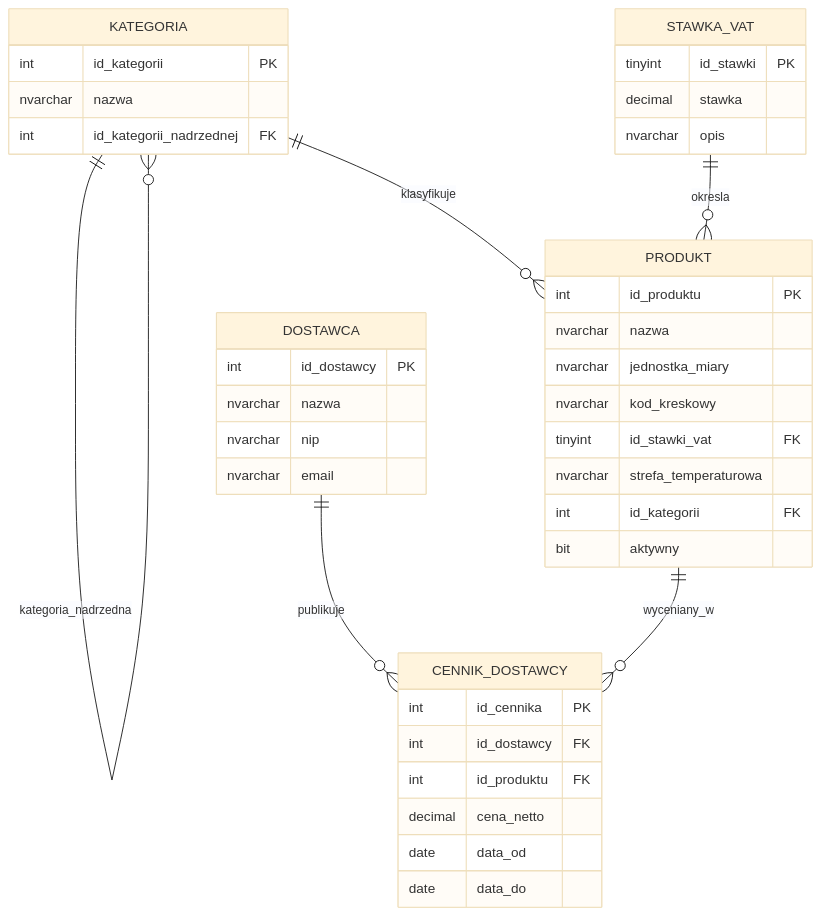
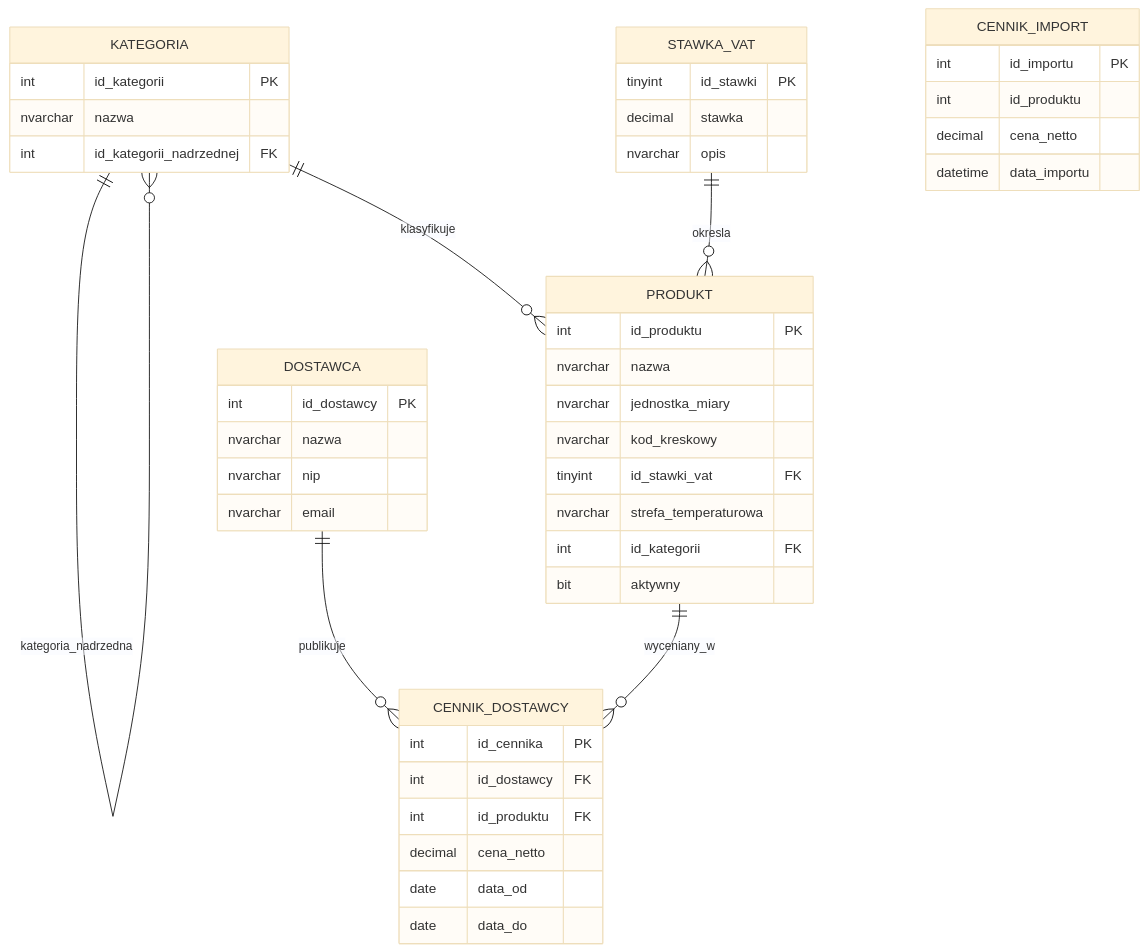
The second of 6 diagrams in RBZ/PROJEKT/HiDPPS.md (MattyMroz/Bazy_Danych), drawn with Mermaid (base theme) before and after one commit. The commit also changed other lines of this file, not shown here.

Commit message:
Dodanie tabel pomocniczych CENNIK_IMPORT i PRODUKT_CACHE_STG do dokumentacji HiDPPS oraz opis ich zastosowania w procedurach importu i synchronizacji danych.

````diff
--- a/RBZ/PROJEKT/HiDPPS.md
+++ b/RBZ/PROJEKT/HiDPPS.md
@@ -126,43 +126,49 @@
 ```mermaid
 erDiagram
     KATEGORIA ||--o{ KATEGORIA : "kategoria_nadrzedna"
     KATEGORIA ||--o{ PRODUKT : "klasyfikuje"
     STAWKA_VAT ||--o{ PRODUKT : "okresla"
     DOSTAWCA ||--o{ CENNIK_DOSTAWCY : "publikuje"
     PRODUKT ||--o{ CENNIK_DOSTAWCY : "wyceniany_w"
 
     KATEGORIA {
         int id_kategorii PK
         nvarchar nazwa
         int id_kategorii_nadrzednej FK
     }
     STAWKA_VAT {
         tinyint id_stawki PK
         decimal stawka
         nvarchar opis
     }
     PRODUKT {
         int id_produktu PK
         nvarchar nazwa
         nvarchar jednostka_miary
         nvarchar kod_kreskowy
         tinyint id_stawki_vat FK
         nvarchar strefa_temperaturowa
         int id_kategorii FK
         bit aktywny
     }
     DOSTAWCA {
         int id_dostawcy PK
         nvarchar nazwa
         nvarchar nip
         nvarchar email
     }
     CENNIK_DOSTAWCY {
         int id_cennika PK
         int id_dostawcy FK
         int id_produktu FK
         decimal cena_netto
         date data_od
         date data_do
     }
+    CENNIK_IMPORT {
+        int id_importu PK
+        int id_produktu
+        decimal cena_netto
+        datetime data_importu
+    }
 ```
````
